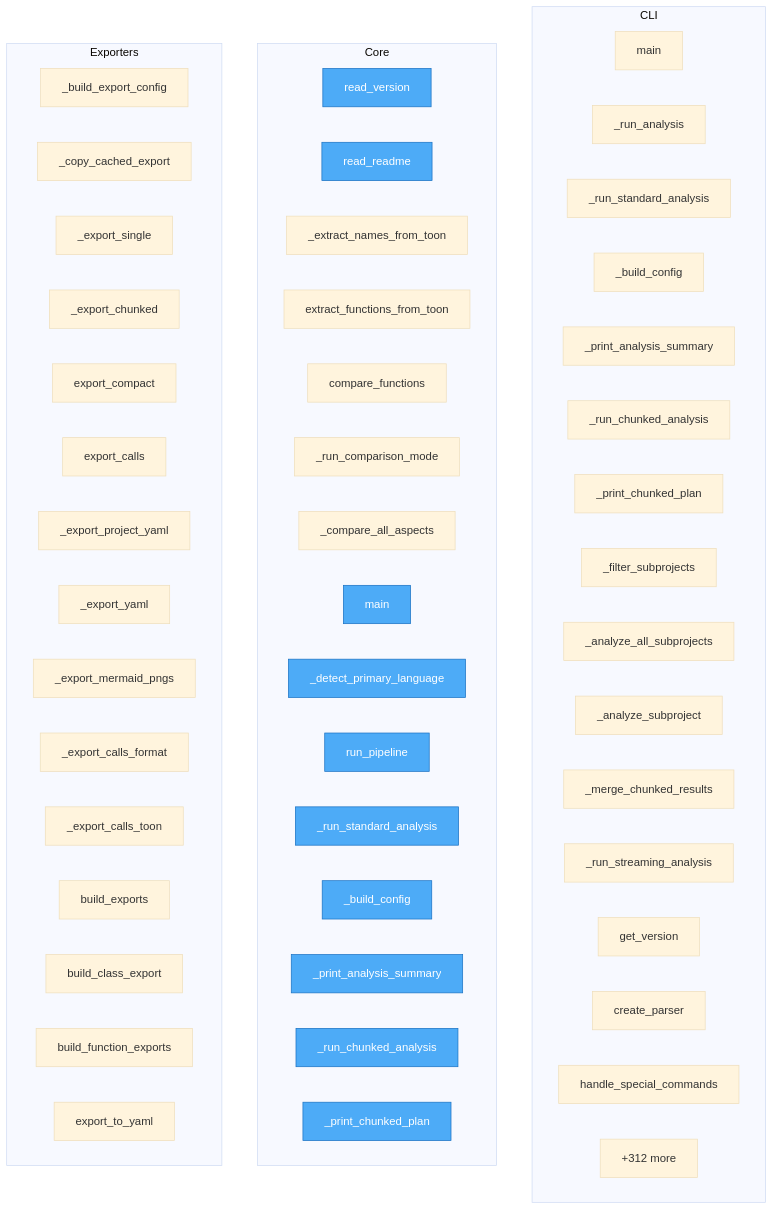
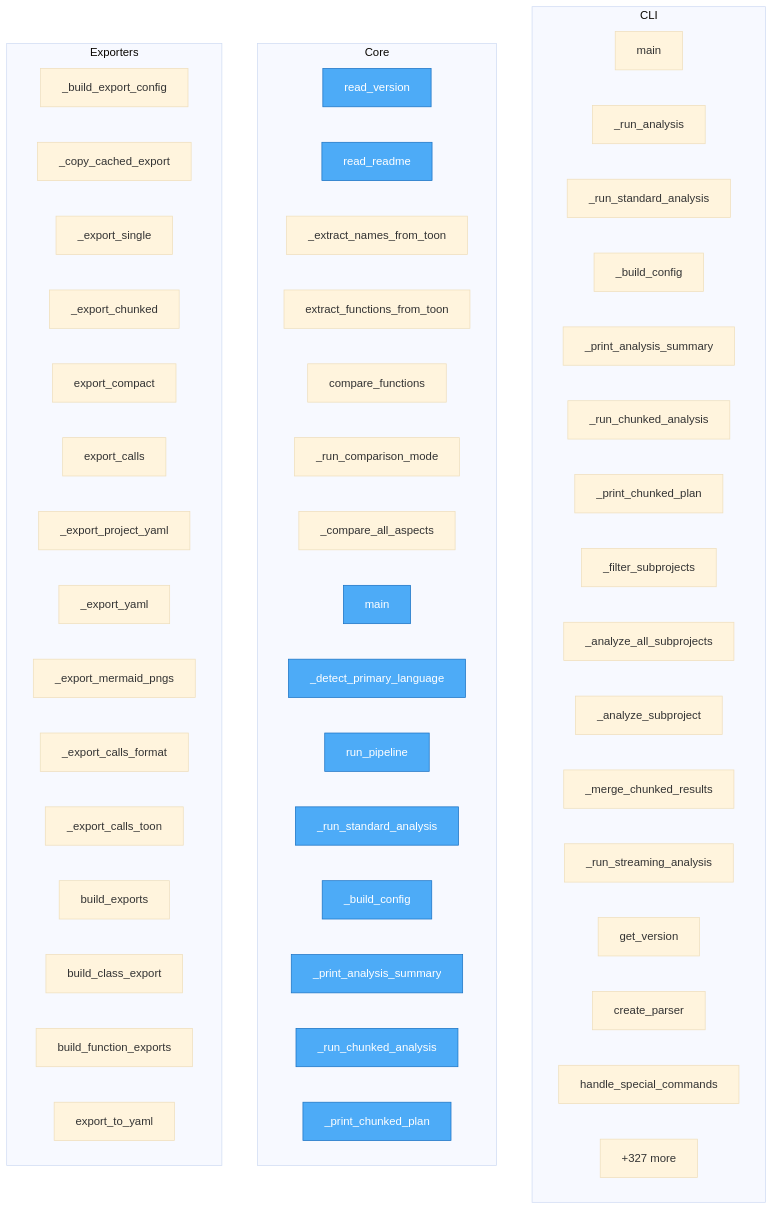
Before and after one commit to wronai/code2llm: the diagram in project/flow.mmd, drawn with Mermaid (base theme). The commit also changed 48 other files, not shown here.

```diff
--- a/project/flow.mmd
+++ b/project/flow.mmd
@@ -1,63 +1,63 @@
 flowchart TD
 
     %% Entry points (blue)
     classDef entry fill:#4dabf7,stroke:#1971c2,color:#fff
 
     subgraph CLI
         code2llm__cli__main["main"]
         code2llm__cli_analysis___run_analysis["_run_analysis"]
         code2llm__cli_analysis___run_standard_analysis["_run_standard_analysis"]
         code2llm__cli_analysis___build_config["_build_config"]
         code2llm__cli_analysis___print_analysis_summary["_print_analysis_summary"]
         code2llm__cli_analysis___run_chunked_analysis["_run_chunked_analysis"]
         code2llm__cli_analysis___print_chunked_plan["_print_chunked_plan"]
         code2llm__cli_analysis___filter_subprojects["_filter_subprojects"]
         code2llm__cli_analysis___analyze_all_subprojects["_analyze_all_subprojects"]
         code2llm__cli_analysis___analyze_subproject["_analyze_subproject"]
         code2llm__cli_analysis___merge_chunked_results["_merge_chunked_results"]
         code2llm__cli_analysis___run_streaming_analysis["_run_streaming_analysis"]
         code2llm__cli_parser__get_version["get_version"]
         code2llm__cli_parser__create_parser["create_parser"]
         code2llm__cli_commands__handle_special_commands["handle_special_commands"]
-        ...["+77 more"]
+        ...["+78 more"]
     end
 
     subgraph Core
         setup__read_version["read_version"]
         setup__read_readme["read_readme"]
         validate_toon___extract_names_from_toon["_extract_names_from_toon"]
         validate_toon__extract_functions_from_toon["extract_functions_from_toon"]
         validate_toon__compare_functions["compare_functions"]
         validate_toon___run_comparison_mode["_run_comparison_mode"]
         validate_toon___compare_all_aspects["_compare_all_aspects"]
         validate_toon__main["main"]
         pipeline___detect_primary_language["_detect_primary_language"]
         pipeline__run_pipeline["run_pipeline"]
         map__toon___run_standard_analysis["_run_standard_analysis"]
         map__toon___build_config["_build_config"]
         map__toon___print_analysis_summary["_print_analysis_summary"]
         map__toon___run_chunked_analysis["_run_chunked_analysis"]
         map__toon___print_chunked_plan["_print_chunked_plan"]
-        ...["+1201 more"]
+        ...["+1295 more"]
     end
 
     subgraph Exporters
         map__toon___build_export_config["_build_export_config"]
         map__toon___copy_cached_export["_copy_cached_export"]
         map__toon___export_single["_export_single"]
         map__toon___export_chunked["_export_chunked"]
         map__toon__export_compact["export_compact"]
         map__toon__export_calls["export_calls"]
         map__toon___export_project_yaml["_export_project_yaml"]
         map__toon___export_yaml["_export_yaml"]
         map__toon___export_mermaid_pngs["_export_mermaid_pngs"]
         map__toon___export_calls_format["_export_calls_format"]
         map__toon___export_calls_toon["_export_calls_toon"]
         map__toon__build_exports["build_exports"]
         map__toon__build_class_export["build_class_export"]
         map__toon__build_function_exports["build_function_exports"]
         map__toon__export_to_yaml["export_to_yaml"]
-        ...["+312 more"]
+        ...["+327 more"]
     end
 
     class setup__read_version,setup__read_readme,validate_toon__main,pipeline___detect_primary_language,pipeline__run_pipeline,map__toon___run_standard_analysis,map__toon___build_config,map__toon___print_analysis_summary,map__toon___run_chunked_analysis,map__toon___print_chunked_plan entry
```
